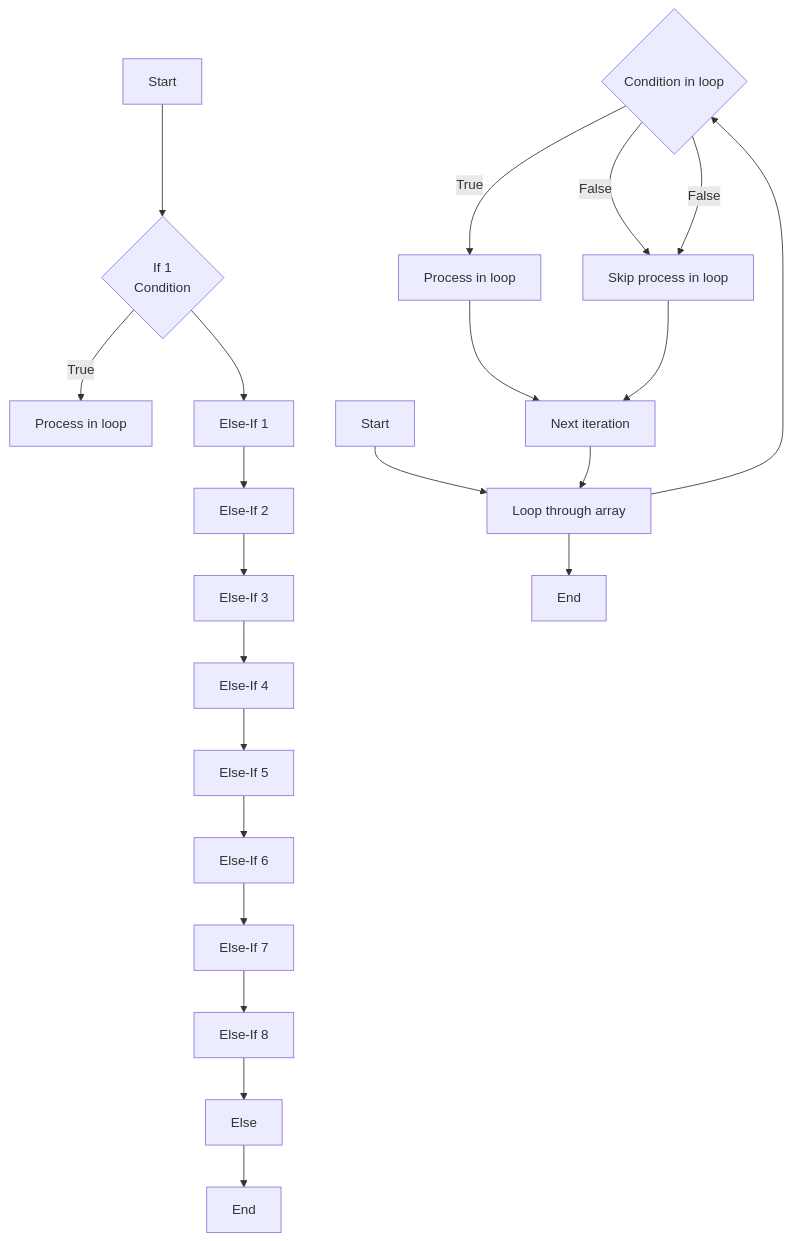
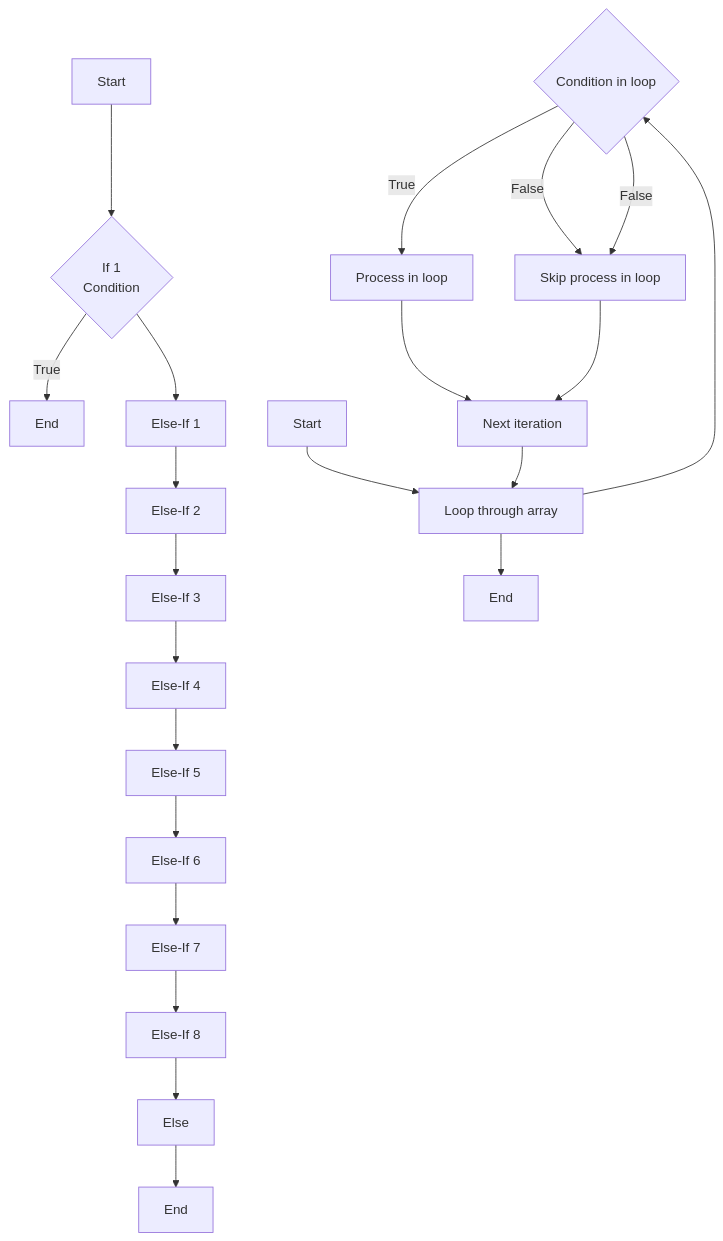
The third of 3 diagrams in daily/2023-05-13.md (Alex-Rafter/wiki), drawn with Mermaid before and after one commit.

````diff
--- a/daily/2023-05-13.md
+++ b/daily/2023-05-13.md
@@ -80,30 +80,30 @@
 ```mermaid
 
 flowchart TD
 A[Start] --> B{"If 1
 Condition
 "}
-B -- True --> BEnd[Process in loop]
+B -- True --> BEnd["End"]
 O -- False --> Q[Skip process in loop]
 B --> C[Else-If 1]
 C --> D[Else-If 2]
 D --> E[Else-If 3]
 E --> F[Else-If 4]
 F --> G[Else-If 5]
 G --> H[Else-If 6]
 H --> I[Else-If 7]
 I --> J[Else-If 8]
 J --> K[Else]
 K --> L[End]
 
 
 M[Start] --> N[Loop through array]
 N --> O{Condition in loop}
 O -- True --> P[Process in loop]
 O -- False --> Q[Skip process in loop]
 P --> R[Next iteration]
 Q --> R
 R --> N
 N --> S[End]
 
 ```
````
